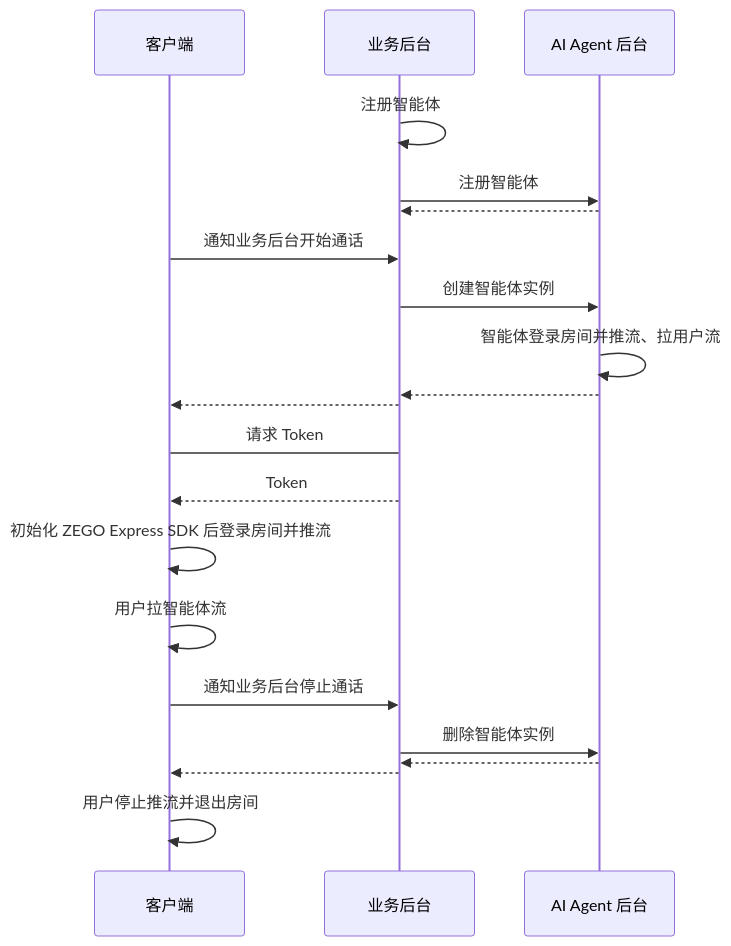
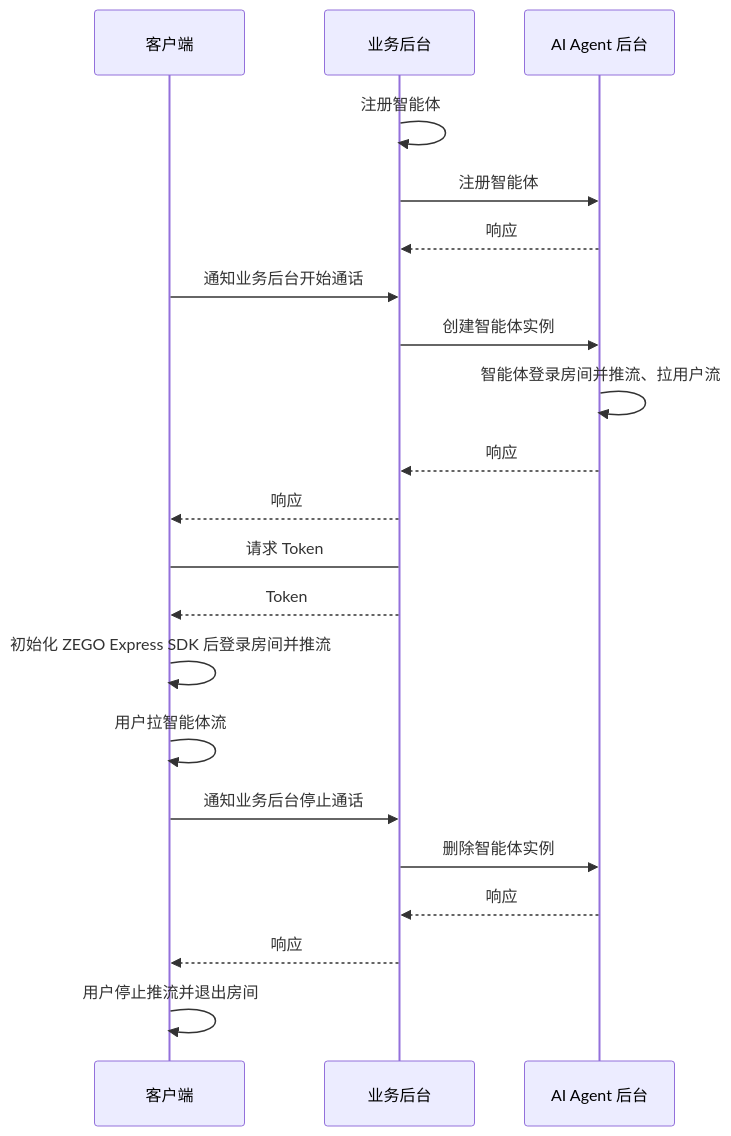
The diagram in core_products/aiagent/zh/server/quick-start.mdx (ZEGOCLOUD/docs_all), drawn with Mermaid before and after one commit. The commit also changed other lines of this file and 11 other files, not shown here.

````diff
--- a/core_products/aiagent/zh/server/quick-start.mdx
+++ b/core_products/aiagent/zh/server/quick-start.mdx
@@ -50,30 +50,30 @@
 ```mermaid
 sequenceDiagram
     participant 客户端
     participant 业务后台
     participant AI Agent 后台
 
     业务后台->>业务后台: 注册智能体
     业务后台->>AI Agent 后台: 注册智能体
-    AI Agent 后台-->>业务后台:
+    AI Agent 后台-->>业务后台: 响应
 
     客户端->>业务后台: 通知业务后台开始通话
     业务后台->>AI Agent 后台: 创建智能体实例
     AI Agent 后台->>AI Agent 后台: 智能体登录房间并推流、拉用户流
-    AI Agent 后台-->>业务后台:
-    业务后台-->>客户端:
+    AI Agent 后台-->>业务后台: 响应
+    业务后台-->>客户端: 响应
 
     客户端->业务后台: 请求 Token
     业务后台-->>客户端: Token
 
     客户端->>客户端: 初始化 ZEGO Express SDK 后登录房间并推流
 
     客户端->>客户端: 用户拉智能体流
 
     客户端->>业务后台: 通知业务后台停止通话
     业务后台->>AI Agent 后台: 删除智能体实例
-    AI Agent 后台-->>业务后台:
-    业务后台-->>客户端:
+    AI Agent 后台-->>业务后台: 响应
+    业务后台-->>客户端: 响应
 
     客户端->>客户端: 用户停止推流并退出房间
 ```
````
